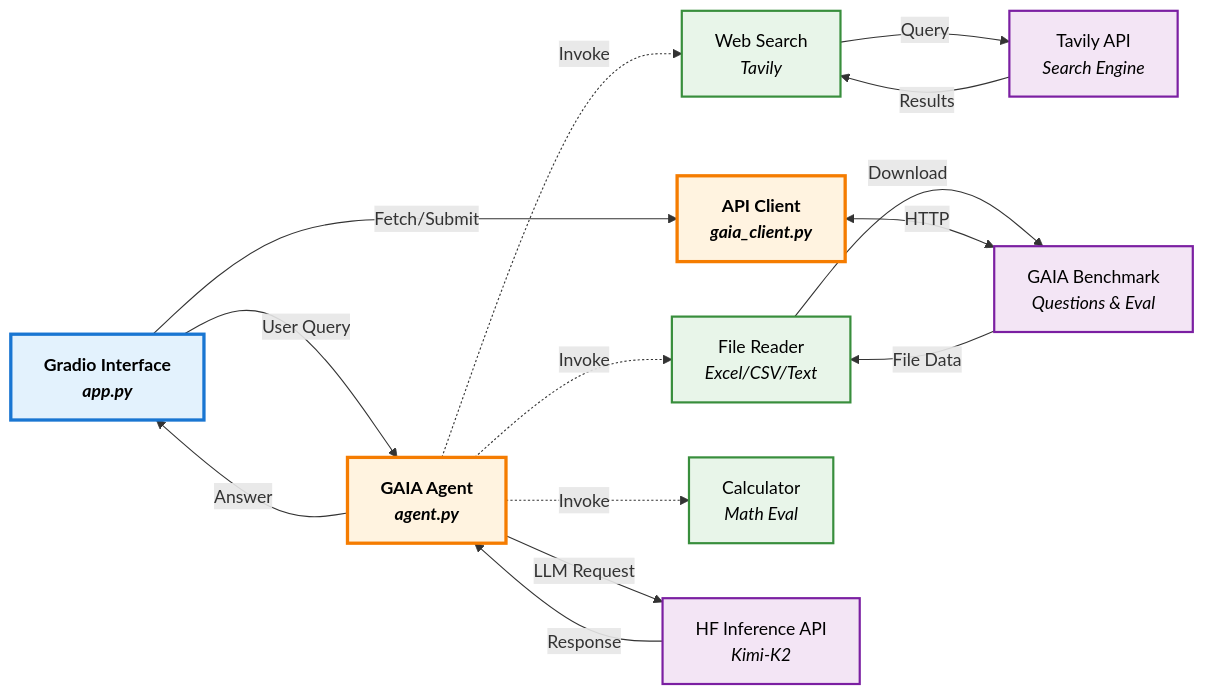
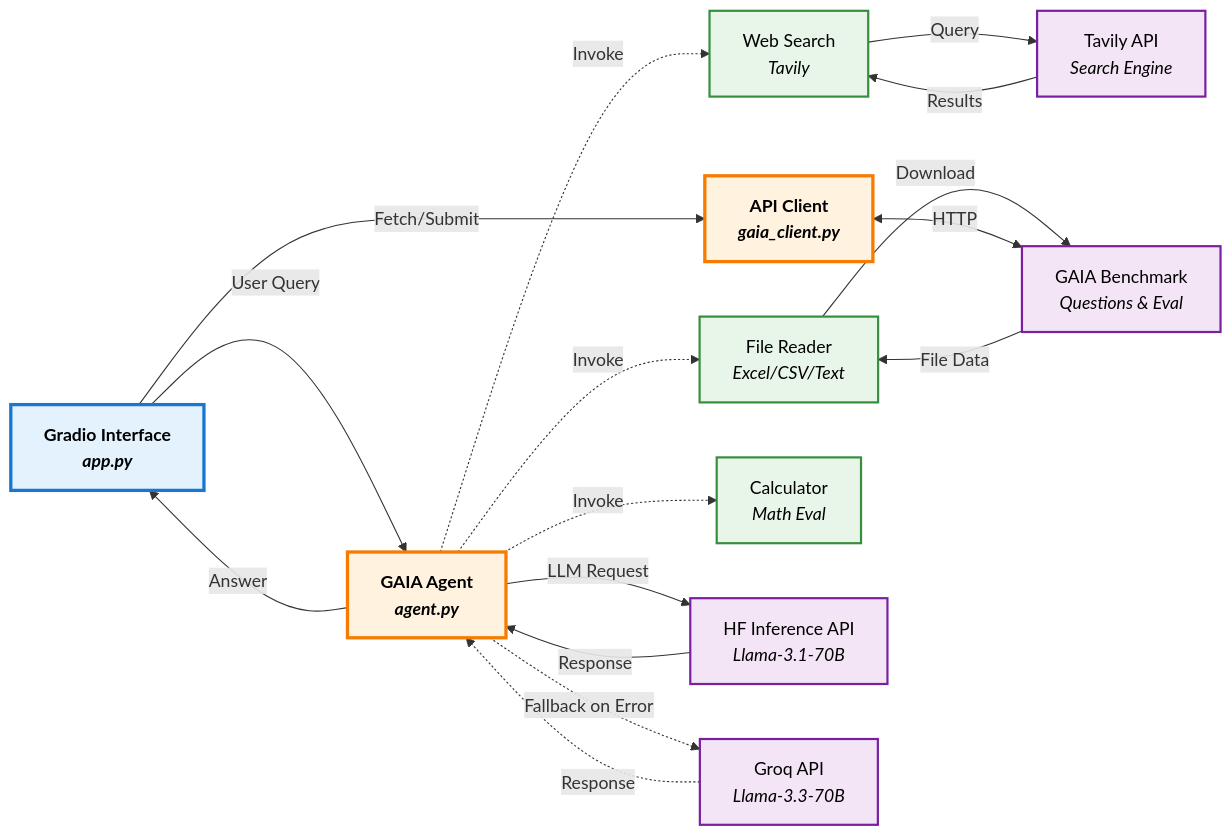
Before and after one commit to hasancoded/gaia-agent: the diagram in README.md, drawn with Mermaid. The commit also changed other lines of this file and 2 other files, not shown here.

First line of the commit message:
Update documentation for Llama-3.1-70B primary model and Groq fallback

````diff
--- a/README.md
+++ b/README.md
@@ -34,52 +36,55 @@
 ```mermaid
 flowchart LR
     %% Client Layer
     UI["Gradio Interface<br/><i>app.py</i>"]
 
     %% Orchestration Layer
     Agent["GAIA Agent<br/><i>agent.py</i>"]
     Client["API Client<br/><i>gaia_client.py</i>"]
 
     %% Tool Layer
     Search["Web Search<br/><i>Tavily</i>"]
     FileReader["File Reader<br/><i>Excel/CSV/Text</i>"]
     Calculator["Calculator<br/><i>Math Eval</i>"]
 
     %% External Services
-    HF["HF Inference API<br/><i>Kimi-K2</i>"]
+    HF["HF Inference API<br/><i>Llama-3.1-70B</i>"]
+    Groq["Groq API<br/><i>Llama-3.3-70B</i>"]
     GAIA["GAIA Benchmark<br/><i>Questions & Eval</i>"]
     Tavily["Tavily API<br/><i>Search Engine</i>"]
 
     %% Primary Flow
     UI -->|User Query| Agent
     Agent -->|LLM Request| HF
     HF -->|Response| Agent
+    Agent -.->|Fallback on Error| Groq
+    Groq -.->|Response| Agent
     Agent -->|Answer| UI
 
     %% Tool Orchestration
     Agent -.->|Invoke| Search
     Agent -.->|Invoke| FileReader
     Agent -.->|Invoke| Calculator
 
     %% Tool-Service Connections
     Search -->|Query| Tavily
     Tavily -->|Results| Search
 
     FileReader -->|Download| GAIA
     GAIA -->|File Data| FileReader
 
     %% API Client Flow
     UI -->|Fetch/Submit| Client
     Client <-->|HTTP| GAIA
 
     %% Styling
     classDef clientStyle fill:#e3f2fd,stroke:#1976d2,stroke-width:3px,color:#000,font-weight:bold
     classDef orchestrationStyle fill:#fff3e0,stroke:#f57c00,stroke-width:3px,color:#000,font-weight:bold
     classDef toolStyle fill:#e8f5e9,stroke:#388e3c,stroke-width:2px,color:#000
     classDef externalStyle fill:#f3e5f5,stroke:#7b1fa2,stroke-width:2px,color:#000
 
     class UI clientStyle
     class Agent,Client orchestrationStyle
     class Search,FileReader,Calculator toolStyle
-    class HF,GAIA,Tavily externalStyle
+    class HF,Groq,GAIA,Tavily externalStyle
 ```
````
